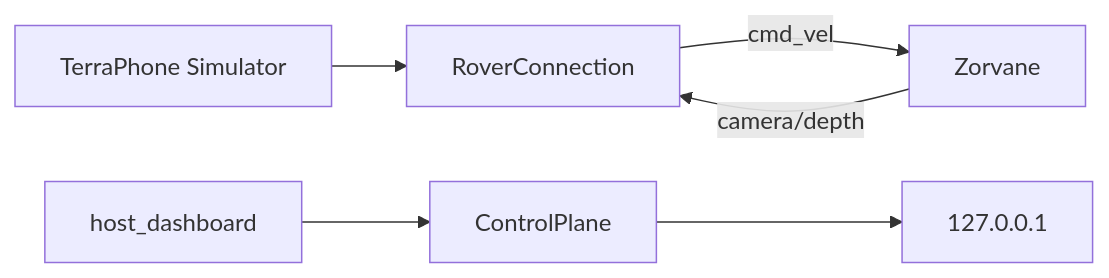
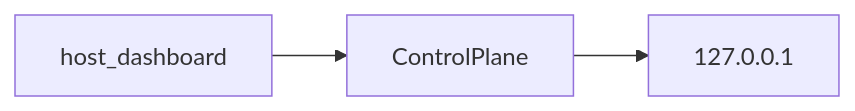
The diagram in docs/crates/terra-transport.md (Super-Yojan/Terra), drawn with Mermaid before and after one commit. The commit also changed other lines of this file and 13 other files, not shown here.

First line of the commit message:
Transport: drop the unused simulator client and name failure reasons

````diff
--- a/docs/crates/terra-transport.md
+++ b/docs/crates/terra-transport.md
@@ -9,8 +8,5 @@
 ```mermaid
 flowchart LR
-  UI[TerraPhone Simulator] --> Client[RoverConnection]
-  Client -->|cmd_vel| Z[Zorvane]
-  Z -->|camera/depth| Client
   Dash[host_dashboard] --> Loop[ControlPlane]
   Loop --> Local[127.0.0.1]
 ```
````
